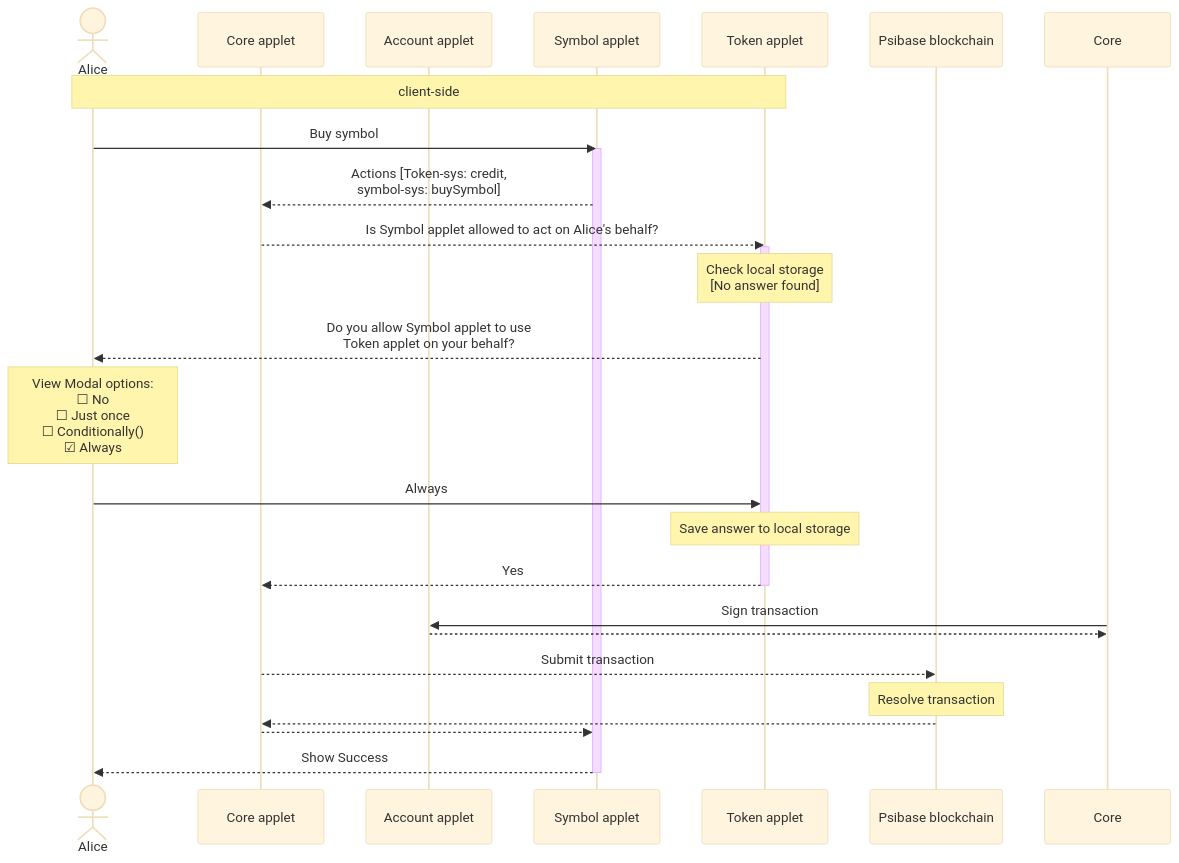
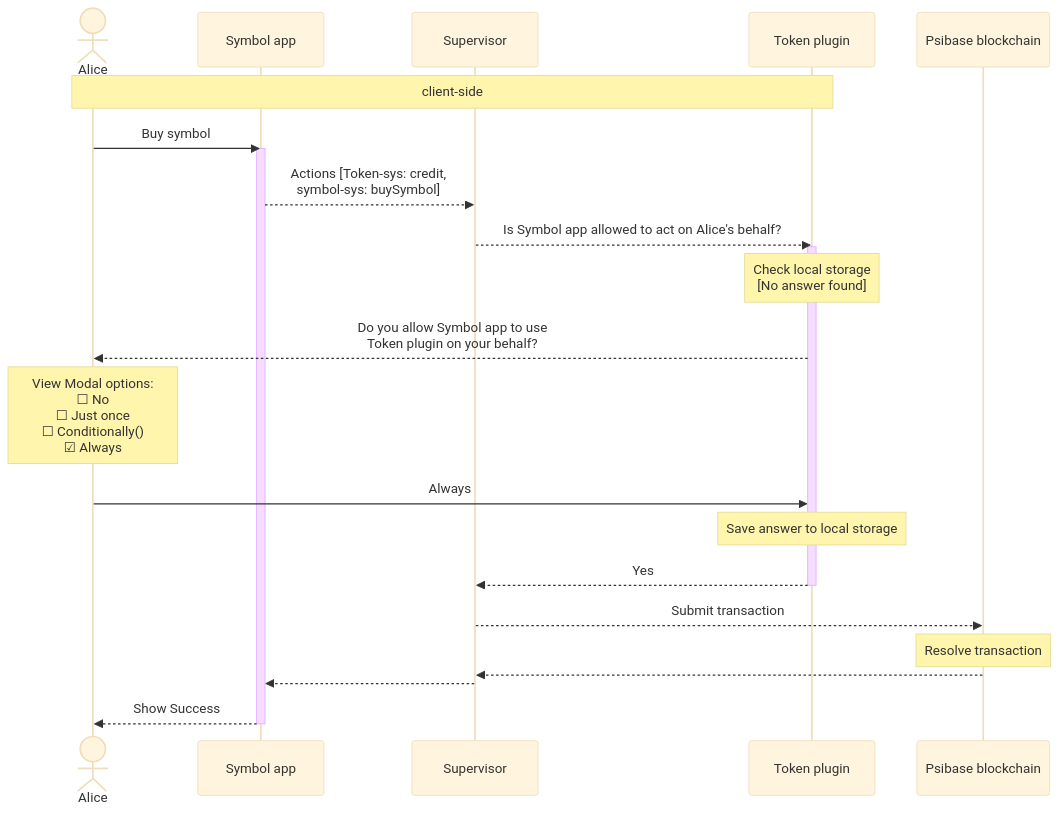
Before and after one commit to gofractally/psibase: the diagram in doc/diagrams/symbol-market.md, drawn with Mermaid (base theme). The commit also changed other lines of this file and 24 other files, not shown here.

Commit message:
language cleanup. 'applet'-->'app' or 'UI' or 'plugin' depending on context, and 'app interface'-->'plugin'

````diff
--- a/doc/diagrams/symbol-market.md
+++ b/doc/diagrams/symbol-market.md
@@ -1,34 +3,31 @@
 ```mermaid
 
 sequenceDiagram
     actor Alice
-    participant Core applet
-    participant Account applet
-    participant Symbol applet
-    participant Token applet
+    participant Symbol app
+    participant Supervisor
+    participant Token plugin
     participant Psibase blockchain
 
-    note over Alice, Token applet: client-side
+    note over Alice, Token plugin: client-side
 
-    Alice->>Symbol applet: Buy symbol
-    activate Symbol applet
-    Symbol applet-->>Core applet: Actions [Token-sys: credit,<br> symbol-sys: buySymbol]
-    Core applet-->>Token applet: Is Symbol applet allowed to act on Alice's behalf?
-    activate Token applet
-    Note over Token applet: Check local storage <br> [No answer found]
-    Token applet-->>Alice: Do you allow Symbol applet to use <br> Token applet on your behalf?
+    Alice->>Symbol app: Buy symbol
+    activate Symbol app
+    Symbol app-->>Supervisor: Actions [Token-sys: credit,<br> symbol-sys: buySymbol]
+    Supervisor-->>Token plugin: Is Symbol app allowed to act on Alice's behalf?
+    activate Token plugin
+    Note over Token plugin: Check local storage <br> [No answer found]
+    Token plugin-->>Alice: Do you allow Symbol app to use <br> Token plugin on your behalf?
     Note over Alice: View Modal options: <br> #9744; No <br> #9744; Just once <br> #9744; Conditionally() <br> #9745; Always
-    Alice->>Token applet: Always
-    Note over Token applet: Save answer to local storage
-    Token applet-->>Core applet: Yes
-    deactivate Token applet
-    Core->>Account applet: Sign transaction
-    Account applet-->>Core: 
-    Core applet-->>Psibase blockchain: Submit transaction
+    Alice->>Token plugin: Always
+    Note over Token plugin: Save answer to local storage
+    Token plugin-->>Supervisor: Yes
+    deactivate Token plugin
+    Supervisor-->>Psibase blockchain: Submit transaction
     Note over Psibase blockchain: Resolve transaction
-    Psibase blockchain-->>Core applet: 
-    Core applet-->>Symbol applet: 
-    Symbol applet-->>Alice: Show Success
-    deactivate Symbol applet
+    Psibase blockchain-->>Supervisor: 
+    Supervisor-->>Symbol app: 
+    Symbol app-->>Alice: Show Success
+    deactivate Symbol app
 
 ```
````
